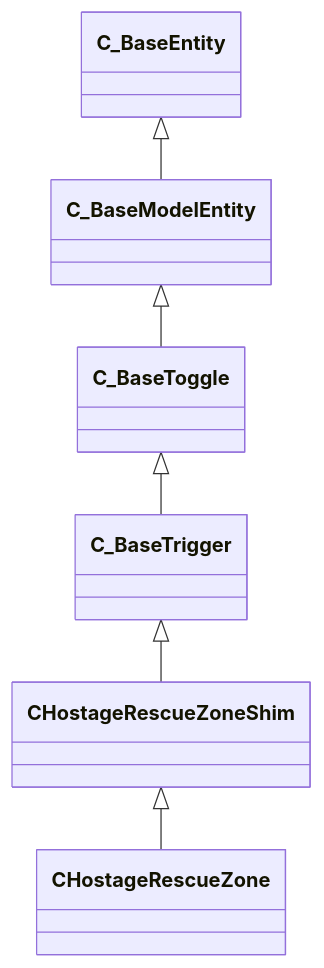
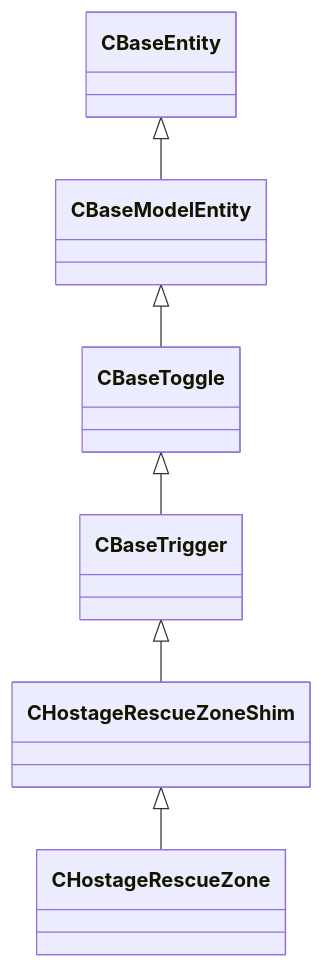
One commit to CS2OpenDev/CS2OpenDev-Docs changed the diagram in docs/generated/schemas/server/CHostageRescueZone.md. Above: the diagram before and after it, drawn with Mermaid. The commit also changed other lines of this file and 4525 other files, not shown here.

````diff
--- a/docs/generated/schemas/server/CHostageRescueZone.md
+++ b/docs/generated/schemas/server/CHostageRescueZone.md
@@ -17,8 +21,8 @@
 ```mermaid
 classDiagram
     CHostageRescueZoneShim <|-- CHostageRescueZone
-    C_BaseTrigger <|-- CHostageRescueZoneShim
-    C_BaseToggle <|-- C_BaseTrigger
-    C_BaseModelEntity <|-- C_BaseToggle
-    C_BaseEntity <|-- C_BaseModelEntity
+    CBaseTrigger <|-- CHostageRescueZoneShim
+    CBaseToggle <|-- CBaseTrigger
+    CBaseModelEntity <|-- CBaseToggle
+    CBaseEntity <|-- CBaseModelEntity
 ```
````
